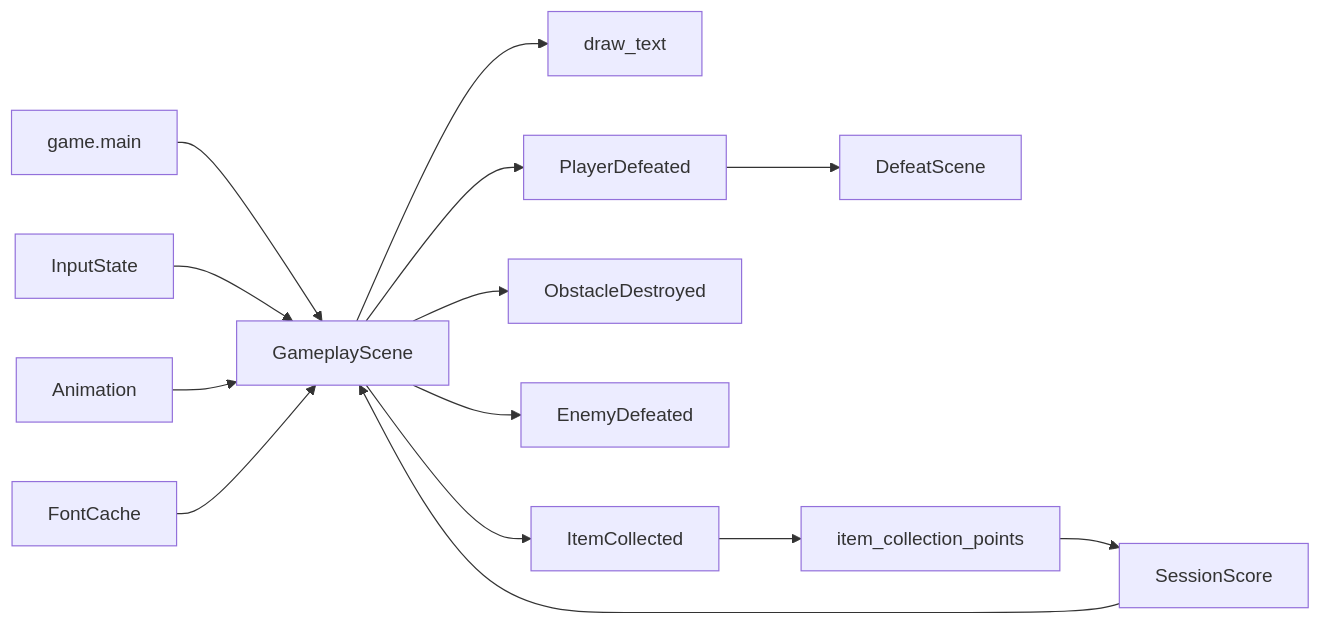
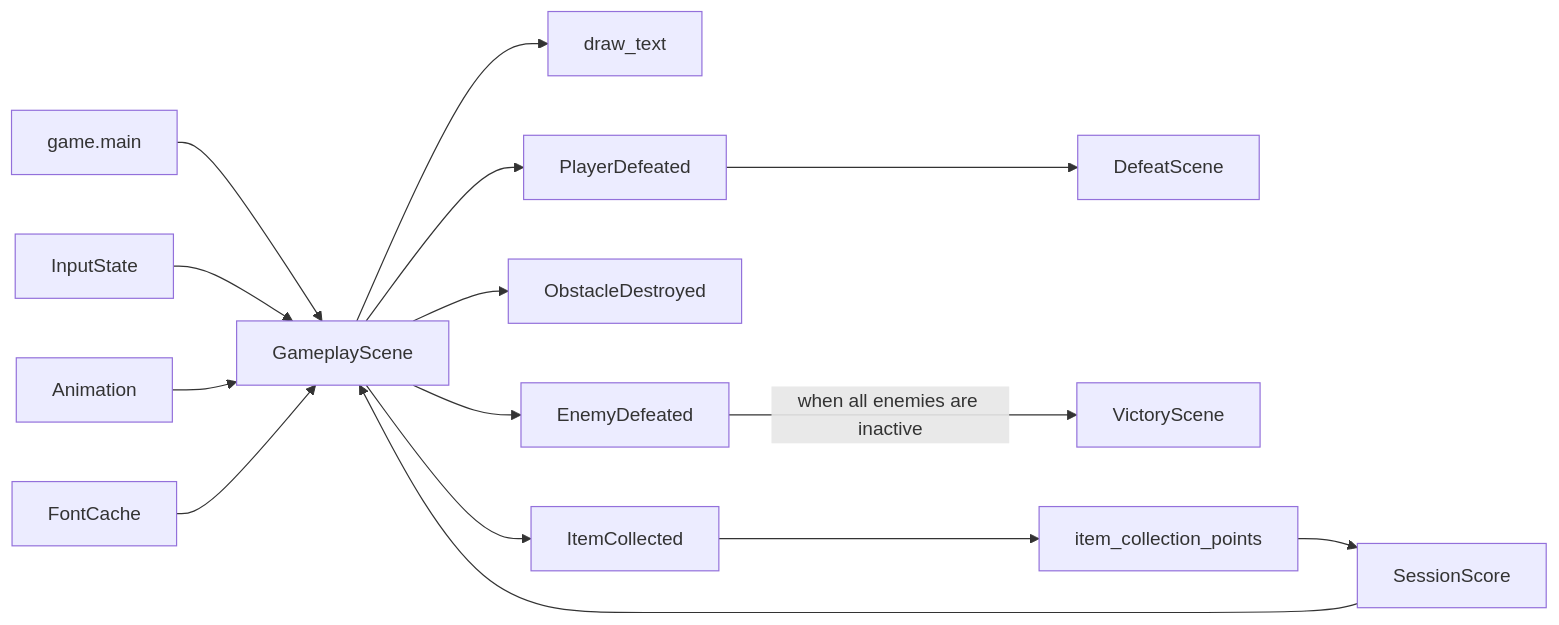
The third of 3 diagrams in docs/architecture/overview.md (VincentMardon/my_first_adventure_game), drawn with Mermaid before and after one commit. The commit also changed other lines of this file and 9 other files, not shown here.

Commit message:
feat(game): add victory condition and result scene

````diff
--- a/docs/architecture/overview.md
+++ b/docs/architecture/overview.md
@@ -236,19 +244,20 @@
 ```mermaid
 flowchart LR
     GameMain["game.main"] --> GameplayScene["GameplayScene"]
 
     InputState["InputState"] --> GameplayScene
     SessionScore["SessionScore"] --> GameplayScene
     Animation["Animation"] --> GameplayScene
     FontCache["FontCache"] --> GameplayScene
     GameplayScene --> DrawText["draw_text"]
 
     GameplayScene --> ItemCollected["ItemCollected"]
     GameplayScene --> ObstacleDestroyed["ObstacleDestroyed"]
     GameplayScene --> EnemyDefeated["EnemyDefeated"]
     GameplayScene --> PlayerDefeated["PlayerDefeated"]
     PlayerDefeated --> DefeatScene["DefeatScene"]
+    EnemyDefeated -->|"when all enemies are inactive"| VictoryScene["VictoryScene"]
 
     ItemCollected --> ItemCollectionPoints["item_collection_points"]
     ItemCollectionPoints --> SessionScore
 ```
````
